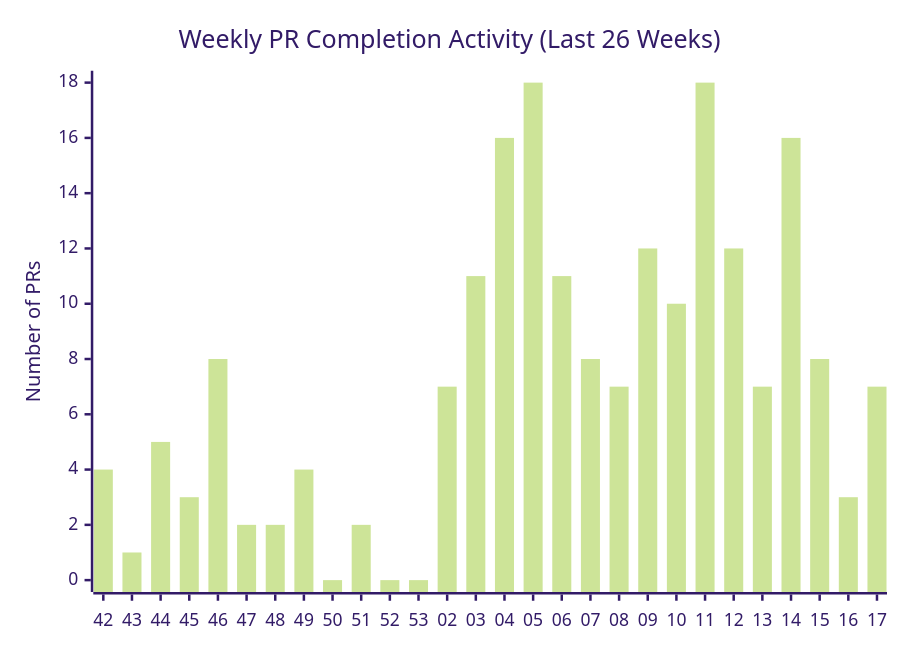
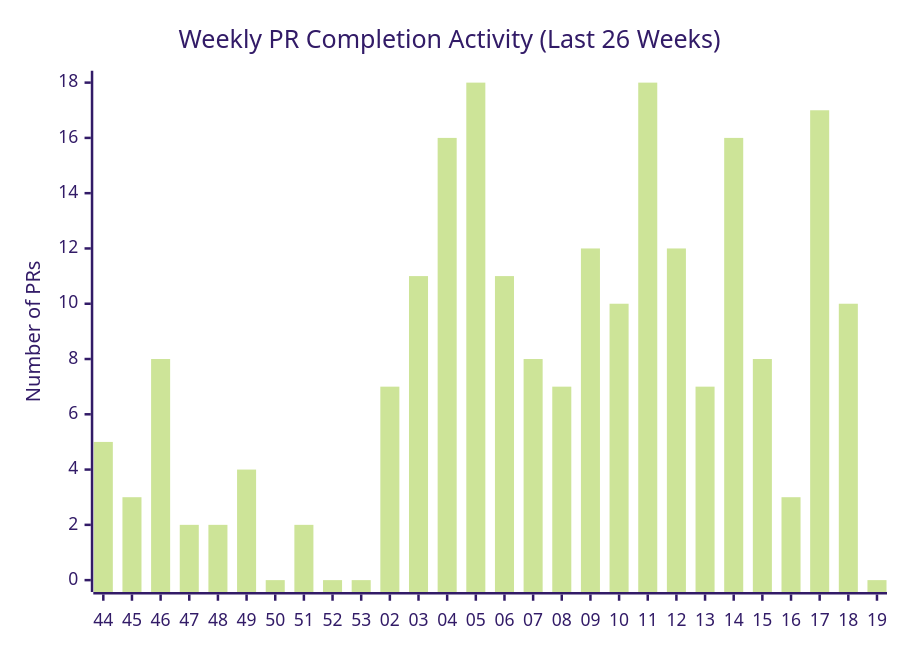
The second of 9 diagrams in docs/contributions.md (microsoft/edge-ai), drawn with Mermaid (forest theme) before and after one commit. The commit also changed other lines of this file and 9 other files, not shown here.

First line of the commit message:
feat(reporting): add scenario to capability to feature mapping graphic - Merged PR 292

````diff
--- a/docs/contributions.md
+++ b/docs/contributions.md
@@ -43,8 +43,8 @@
 ``` mermaid
 
 xychart-beta
     title "Weekly PR Completion Activity (Last 26 Weeks)"
-    x-axis ["42", "43", "44", "45", "46", "47", "48", "49", "50", "51", "52", "53", "02", "03", "04", "05", "06", "07", "08", "09", "10", "11", "12", "13", "14", "15", "16", "17"]
+    x-axis ["44", "45", "46", "47", "48", "49", "50", "51", "52", "53", "02", "03", "04", "05", "06", "07", "08", "09", "10", "11", "12", "13", "14", "15", "16", "17", "18", "19"]
     y-axis "Number of PRs"
-    bar [4, 1, 5, 3, 8, 2, 2, 4, 0, 2, 0, 0, 7, 11, 16, 18, 11, 8, 7, 12, 10, 18, 12, 7, 16, 8, 3, 7]
+    bar [5, 3, 8, 2, 2, 4, 0, 2, 0, 0, 7, 11, 16, 18, 11, 8, 7, 12, 10, 18, 12, 7, 16, 8, 3, 17, 10, 0]
 ```
````
